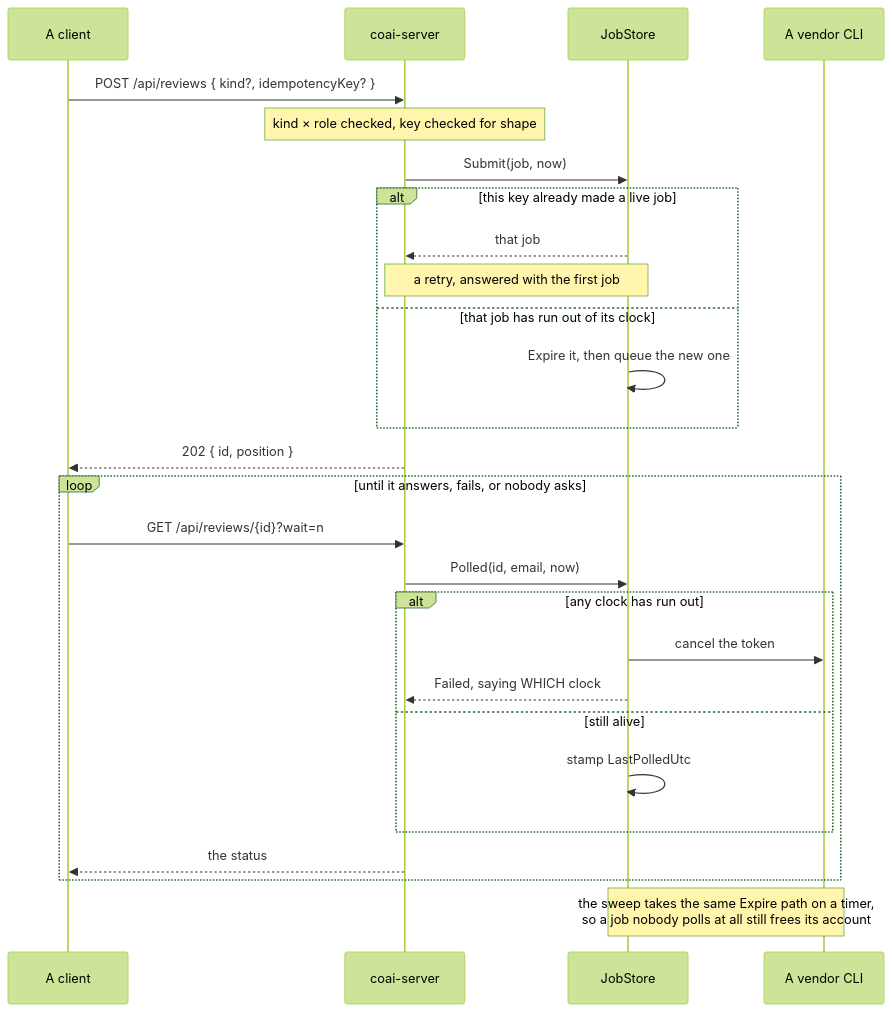
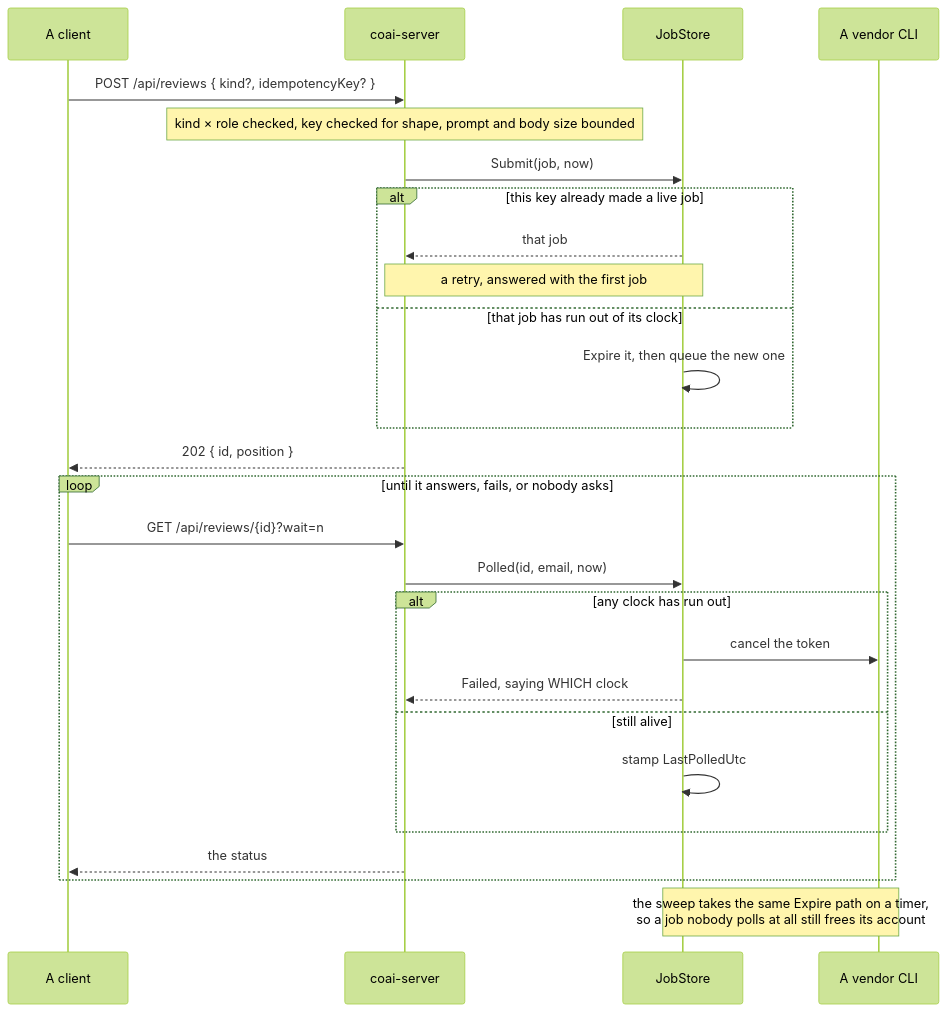
One commit to oleksandrdubyna88/dew_flow_connect_other_ais changed the second of 2 diagrams in research/module_team_server.md. Above: the diagram before and after it, drawn with Mermaid (forest theme). The commit also changed 16 other files, not shown here.

````diff
--- a/research/module_team_server.md
+++ b/research/module_team_server.md
@@ -36,29 +36,29 @@
 ```mermaid
 sequenceDiagram
   participant C as A client
   participant S as coai-server
   participant J as JobStore
   participant V as A vendor CLI
   C->>S: POST /api/reviews { kind?, idempotencyKey? }
-  Note over S: kind × role checked, key checked for shape
+  Note over S: kind × role checked, key checked for shape, prompt and body size bounded
   S->>J: Submit(job, now)
   alt this key already made a live job
     J-->>S: that job
     Note over S,J: a retry, answered with the first job
   else that job has run out of its clock
     J->>J: Expire it, then queue the new one
   end
   S-->>C: 202 { id, position }
   loop until it answers, fails, or nobody asks
     C->>S: GET /api/reviews/{id}?wait=n
     S->>J: Polled(id, email, now)
     alt any clock has run out
       J->>V: cancel the token
       J-->>S: Failed, saying WHICH clock
     else still alive
       J->>J: stamp LastPolledUtc
     end
     S-->>C: the status
   end
   Note over J,V: the sweep takes the same Expire path on a timer,<br/>so a job nobody polls at all still frees its account
 ```
````
